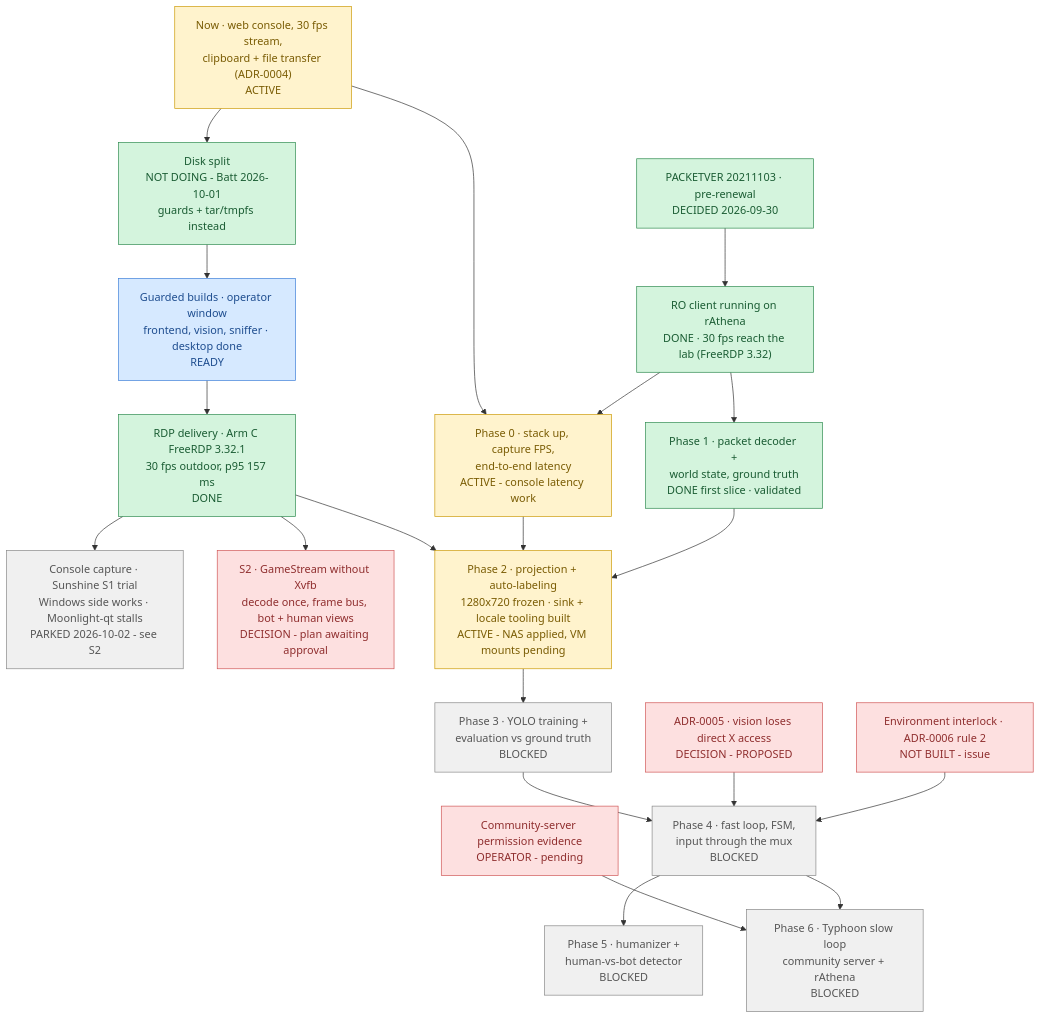
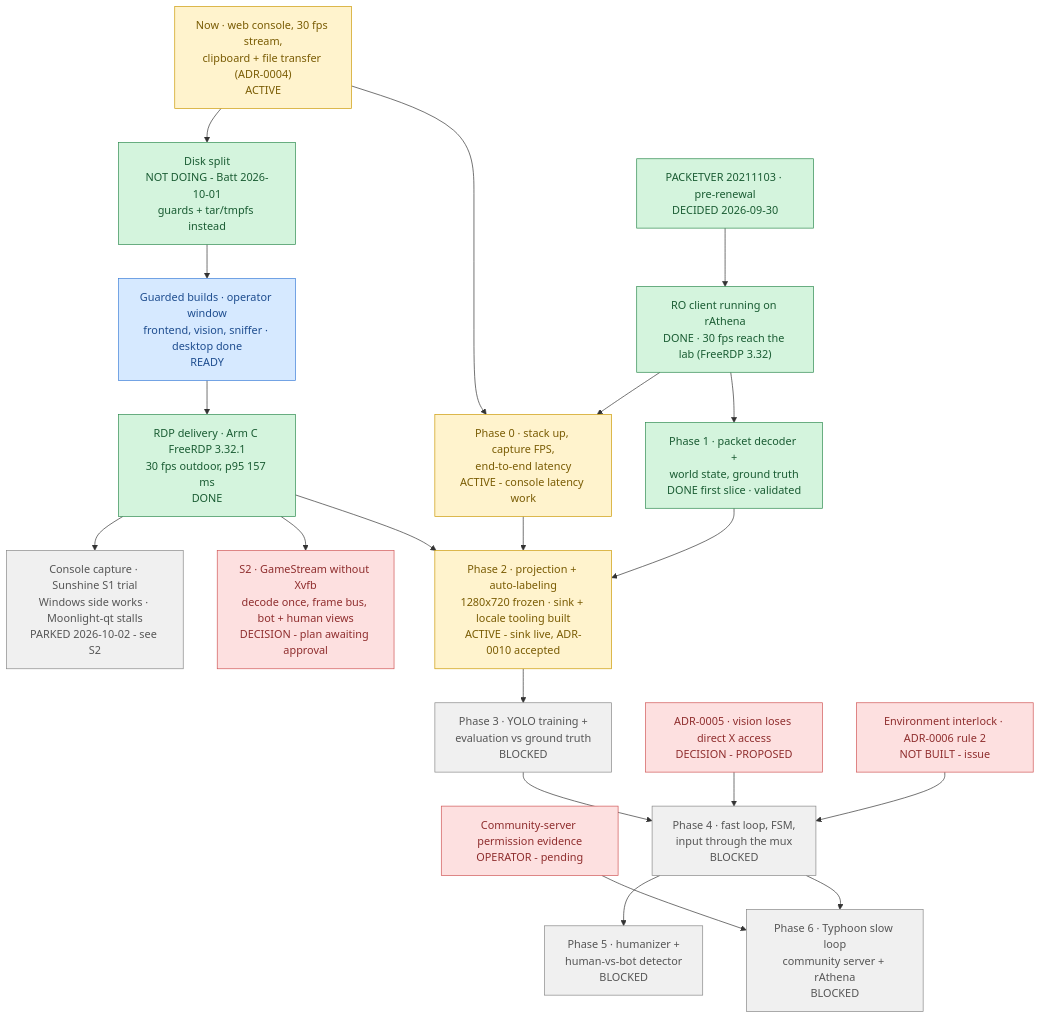
Before and after one commit to lumduan/poring-lab: the diagram in docs/ROADMAP.md, drawn with Mermaid. The commit also changed other lines of this file and 7 other files, not shown here.

````diff
--- a/docs/ROADMAP.md
+++ b/docs/ROADMAP.md
@@ -11,52 +11,52 @@
 ```mermaid
 flowchart TD
     N1["Now · web console, 30 fps stream,<br/>clipboard + file transfer (ADR-0004)<br/>ACTIVE"]
     N2["Disk split<br/>NOT DOING - Batt 2026-10-01<br/>guards + tar/tmpfs instead"]
     N3["Guarded builds · operator window<br/>frontend, vision, sniffer · desktop done<br/>READY"]
     D1["PACKETVER 20211103 · pre-renewal<br/>DECIDED 2026-09-30"]
     S1["RO client running on rAthena<br/>DONE · 30 fps reach the lab (FreeRDP 3.32)"]
     D2["ADR-0005 · vision loses direct X access<br/>DECISION - PROPOSED"]
     D3["Environment interlock · ADR-0006 rule 2<br/>NOT BUILT - issue"]
     E1["Community-server permission evidence<br/>OPERATOR - pending"]
     P0["Phase 0 · stack up, capture FPS,<br/>end-to-end latency<br/>ACTIVE - console latency work"]
     P1["Phase 1 · packet decoder +<br/>world state, ground truth<br/>DONE first slice · validated"]
     H1["RDP delivery · Arm C FreeRDP 3.32.1<br/>30 fps outdoor, p95 157 ms<br/>DONE"]
     C1["Console capture · Sunshine S1 trial<br/>Windows side works · Moonlight-qt stalls<br/>PARKED 2026-10-02 - see S2"]
     S2["S2 · GameStream without Xvfb<br/>decode once, frame bus, bot + human views<br/>DECISION - plan awaiting approval"]
-    P2["Phase 2 · projection + auto-labeling<br/>1280x720 frozen · sink + locale tooling built<br/>ACTIVE - NAS applied, VM mounts pending"]
+    P2["Phase 2 · projection + auto-labeling<br/>1280x720 frozen · sink + locale tooling built<br/>ACTIVE - sink live, ADR-0010 accepted"]
     P3["Phase 3 · YOLO training +<br/>evaluation vs ground truth<br/>BLOCKED"]
     P4["Phase 4 · fast loop, FSM,<br/>input through the mux<br/>BLOCKED"]
     P5["Phase 5 · humanizer +<br/>human-vs-bot detector<br/>BLOCKED"]
     P6["Phase 6 · Typhoon slow loop<br/>community server + rAthena<br/>BLOCKED"]
 
     N1 --> N2 --> N3
     N3 --> H1
     H1 --> C1
     H1 --> S2
     H1 --> P2
     D1 --> S1
     N1 --> P0
     S1 --> P0
     S1 --> P1
     P0 --> P2
     P1 --> P2
     P2 --> P3 --> P4
     D2 --> P4
     D3 --> P4
     E1 --> P6
     P4 --> P5
     P4 --> P6
 
     classDef done     fill:#d4f4dd,stroke:#2d8a4e,color:#1a5c33
     classDef active   fill:#fff3cd,stroke:#cc9a06,color:#7a5c04
     classDef ready    fill:#d6e9ff,stroke:#3b7dd8,color:#1e4d8f
     classDef blocked  fill:#f0f0f0,stroke:#888,color:#555
     classDef decision fill:#fde0e0,stroke:#d05555,color:#8f2e2e
     classDef goal     fill:#ede0fb,stroke:#8a5cd8,color:#4d2e8f
 
     class D1,S1,P1,N2,H1 done
     class N1,P0,P2 active
     class N3 ready
     class D2,D3,E1,S2 decision
     class P3,P4,P5,P6,C1 blocked
 ```
````
